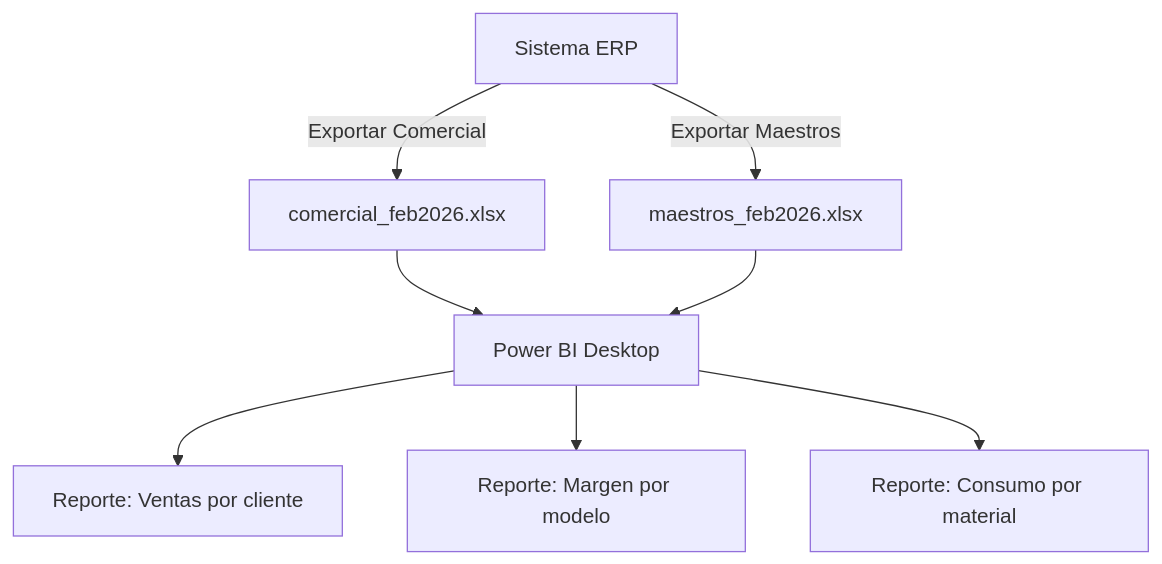
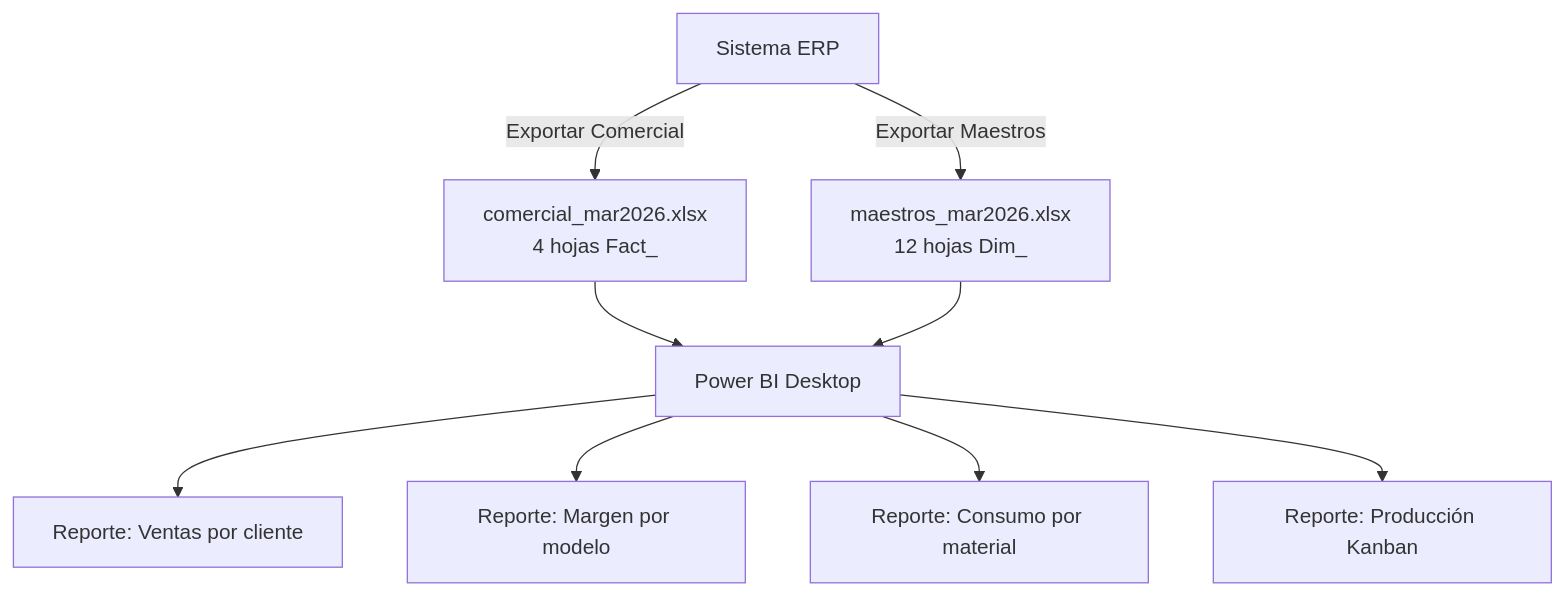
One commit to redentor159/sistema-erp-inventario changed the third of 3 diagrams in docs/tutoriales/T10_TUTORIAL_EXPORTADOR.md. Above: the diagram before and after it, drawn with Mermaid. The commit also changed other lines of this file and 24 other files, not shown here.

````diff
--- a/docs/tutoriales/T10_TUTORIAL_EXPORTADOR.md
+++ b/docs/tutoriales/T10_TUTORIAL_EXPORTADOR.md
@@ -176,10 +180,11 @@
 ```mermaid
 flowchart TD
-    SYS["Sistema ERP"] -- "Exportar Comercial" --> COM["comercial_feb2026.xlsx"]
-    SYS -- "Exportar Maestros" --> MST["maestros_feb2026.xlsx"]
+    SYS["Sistema ERP"] -- "Exportar Comercial" --> COM["comercial_mar2026.xlsx\n4 hojas Fact_"]
+    SYS -- "Exportar Maestros" --> MST["maestros_mar2026.xlsx\n12 hojas Dim_"]
     COM --> PBI["Power BI Desktop"]
     MST --> PBI
     PBI --> R1["Reporte: Ventas por cliente"]
     PBI --> R2["Reporte: Margen por modelo"]
     PBI --> R3["Reporte: Consumo por material"]
+    PBI --> R4["Reporte: Producción Kanban"]
 ```
````
